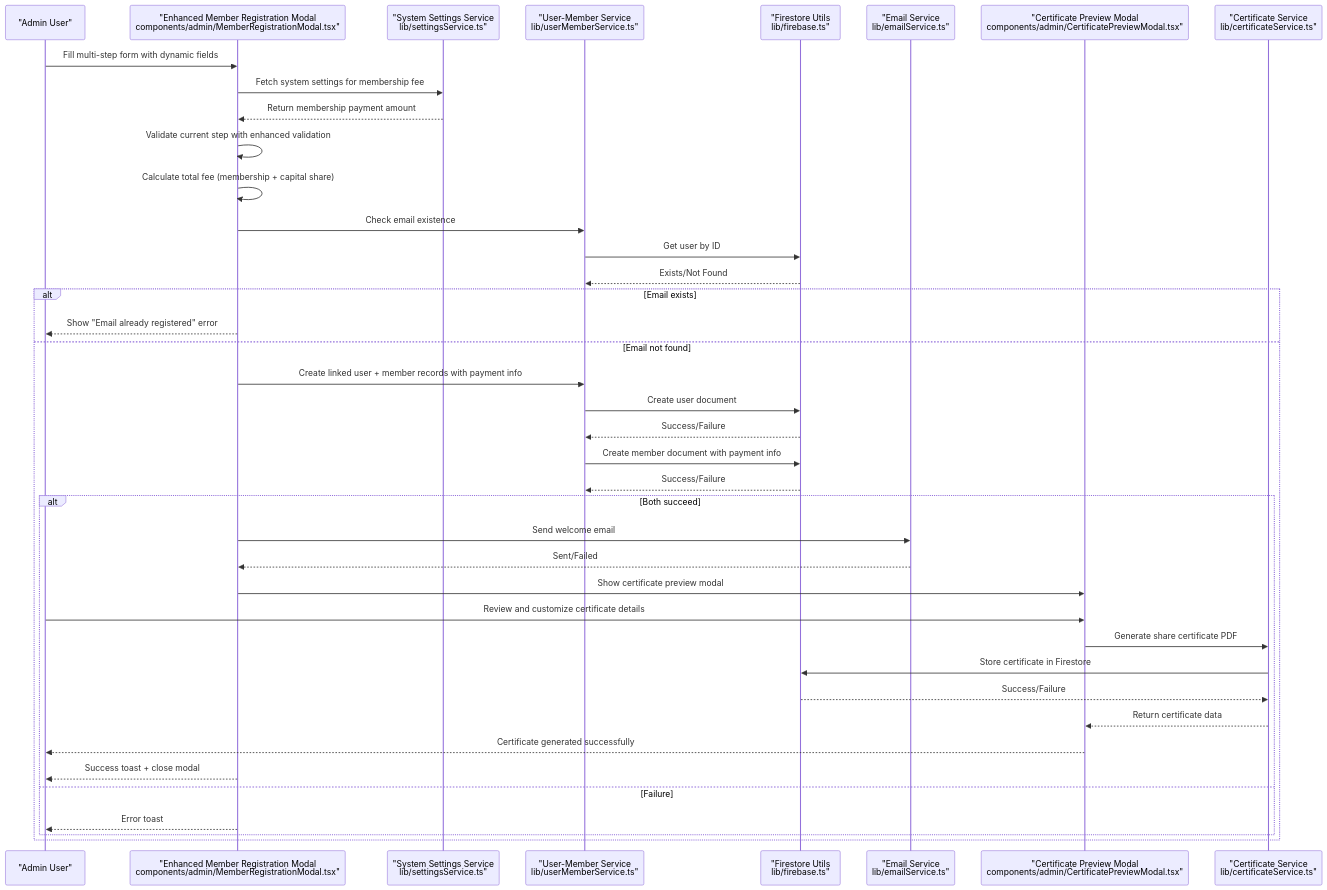
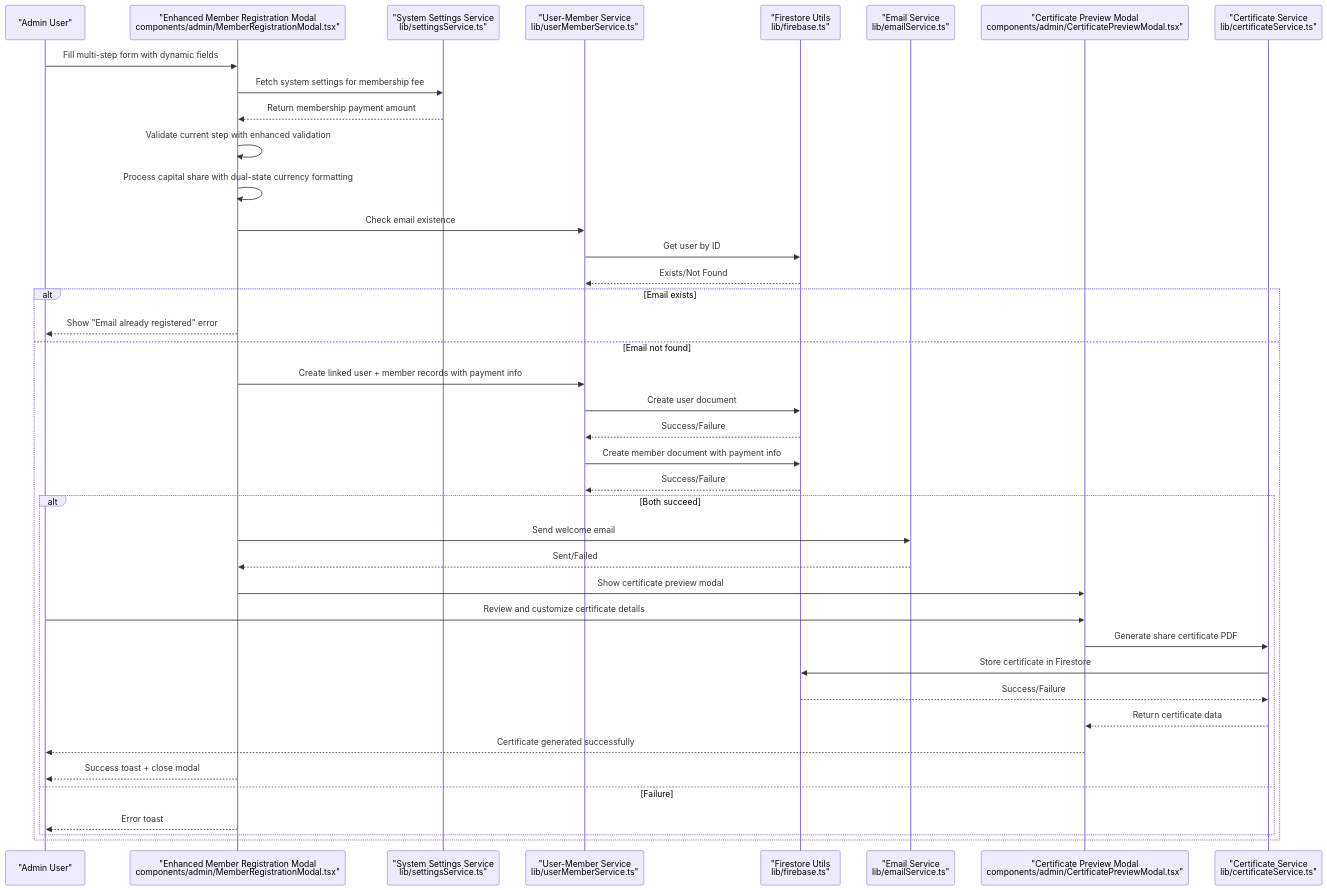
One commit to Unsure-bry/sampacoop_system changed the second of 6 diagrams in .qoder/repowiki/en/content/Member Management System/Member Registration Workflow.md. Above: the diagram before and after it, drawn with Mermaid. The commit also changed other lines of this file and 3 other files, not shown here.

````diff
--- a/.qoder/repowiki/en/content/Member Management System/Member Registration Workflow.md
+++ b/.qoder/repowiki/en/content/Member Management System/Member Registration Workflow.md
@@ -178,42 +177,42 @@
 ```mermaid
 sequenceDiagram
 participant Admin as "Admin User"
 participant Modal as "Enhanced Member Registration Modal<br/>components/admin/MemberRegistrationModal.tsx"
 participant Settings as "System Settings Service<br/>lib/settingsService.ts"
 participant UMS as "User-Member Service<br/>lib/userMemberService.ts"
 participant FS as "Firestore Utils<br/>lib/firebase.ts"
 participant Email as "Email Service<br/>lib/emailService.ts"
 participant CPV as "Certificate Preview Modal<br/>components/admin/CertificatePreviewModal.tsx"
 participant CertSvc as "Certificate Service<br/>lib/certificateService.ts"
 Admin->>Modal : Fill multi-step form with dynamic fields
 Modal->>Settings : Fetch system settings for membership fee
 Settings-->>Modal : Return membership payment amount
 Modal->>Modal : Validate current step with enhanced validation
-Modal->>Modal : Calculate total fee (membership + capital share)
+Modal->>Modal : Process capital share with dual-state currency formatting
 Modal->>UMS : Check email existence
 UMS->>FS : Get user by ID
 FS-->>UMS : Exists/Not Found
 alt Email exists
 Modal-->>Admin : Show "Email already registered" error
 else Email not found
 Modal->>UMS : Create linked user + member records with payment info
 UMS->>FS : Create user document
 FS-->>UMS : Success/Failure
 UMS->>FS : Create member document with payment info
 FS-->>UMS : Success/Failure
 alt Both succeed
 Modal->>Email : Send welcome email
 Email-->>Modal : Sent/Failed
 Modal->>CPV : Show certificate preview modal
 Admin->>CPV : Review and customize certificate details
 CPV->>CertSvc : Generate share certificate PDF
 CertSvc->>FS : Store certificate in Firestore
 FS-->>CertSvc : Success/Failure
 CertSvc-->>CPV : Return certificate data
 CPV-->>Admin : Certificate generated successfully
 Modal-->>Admin : Success toast + close modal
 else Failure
 Modal-->>Admin : Error toast
 end
 end
 ```
````
